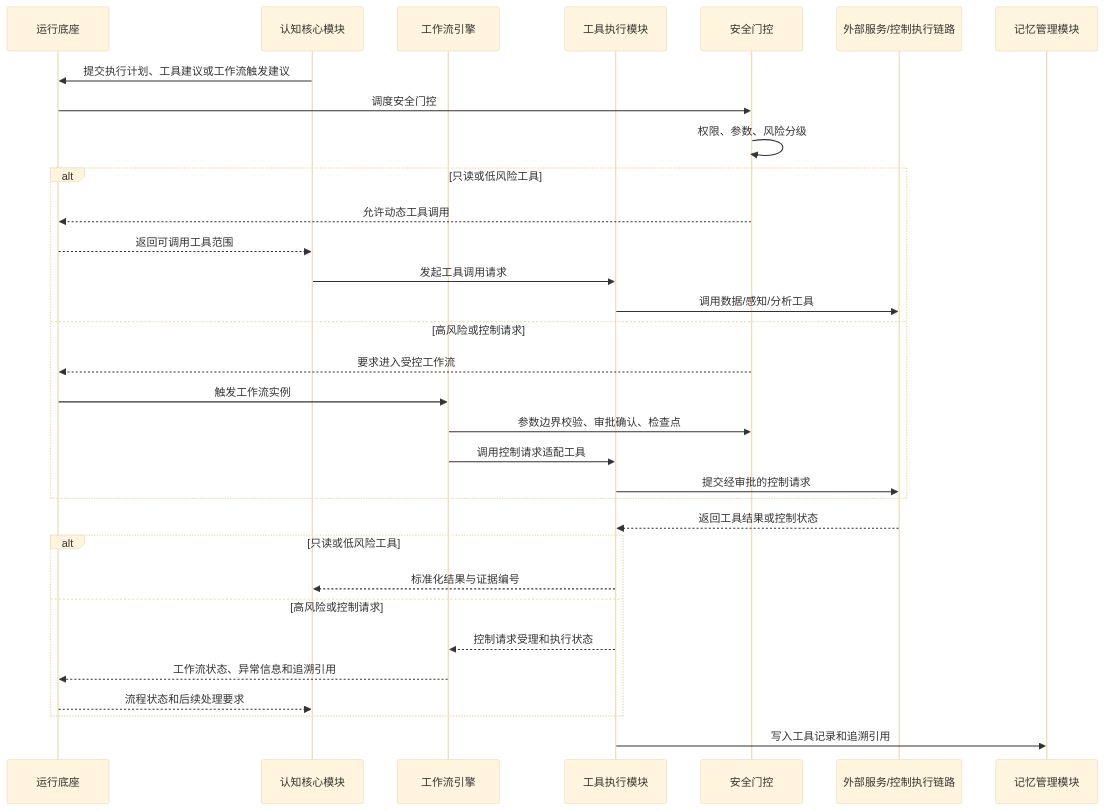
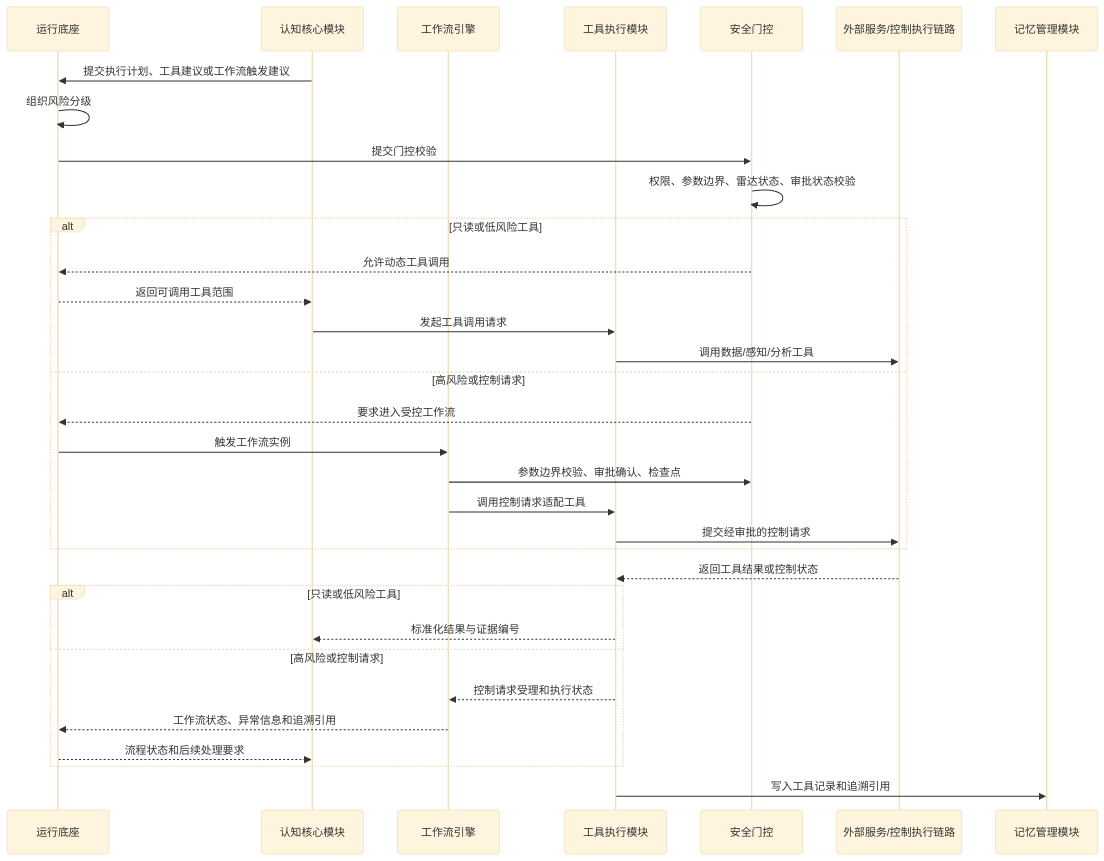
Before and after one commit to StormSeven1/obsidian-vault: the sixth of 7 diagrams in radar agent/4.3.3.2 LD智能体子系统技术方案.md, drawn with Mermaid (base theme). The commit also changed other lines of this file, not shown here.

````diff
--- a/radar agent/4.3.3.2 LD智能体子系统技术方案.md
+++ b/radar agent/4.3.3.2 LD智能体子系统技术方案.md
@@ -420,35 +420,36 @@
 ```mermaid
 sequenceDiagram
     participant H as 运行底座
     participant C as 认知核心模块
     participant W as 工作流引擎
     participant T as 工具执行模块
     participant G as 安全门控
     participant R as 外部服务/控制执行链路
     participant M as 记忆管理模块
 
     C->>H: 提交执行计划、工具建议或工作流触发建议
-    H->>G: 调度安全门控
-    G->>G: 权限、参数、风险分级
+    H->>H: 组织风险分级
+    H->>G: 提交门控校验
+    G->>G: 权限、参数边界、雷达状态、审批状态校验
     alt 只读或低风险工具
         G-->>H: 允许动态工具调用
         H-->>C: 返回可调用工具范围
         C->>T: 发起工具调用请求
         T->>R: 调用数据/感知/分析工具
     else 高风险或控制请求
         G-->>H: 要求进入受控工作流
         H->>W: 触发工作流实例
         W->>G: 参数边界校验、审批确认、检查点
         W->>T: 调用控制请求适配工具
         T->>R: 提交经审批的控制请求
     end
     R-->>T: 返回工具结果或控制状态
     alt 只读或低风险工具
         T-->>C: 标准化结果与证据编号
     else 高风险或控制请求
         T-->>W: 控制请求受理和执行状态
         W-->>H: 工作流状态、异常信息和追溯引用
         H-->>C: 流程状态和后续处理要求
     end
     T->>M: 写入工具记录和追溯引用
 ```
````
